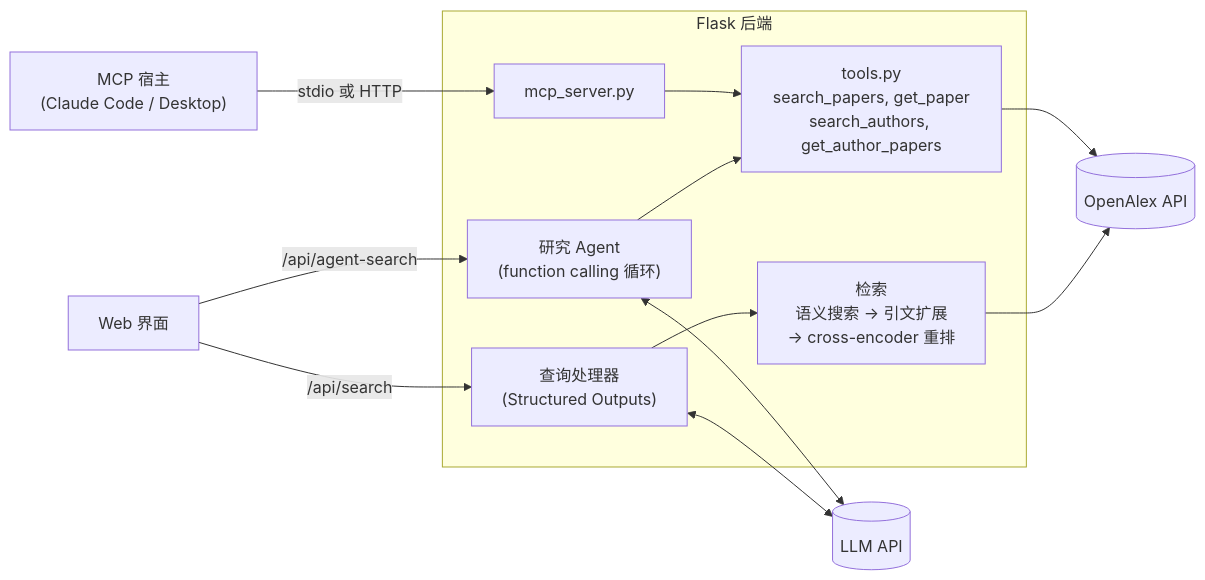
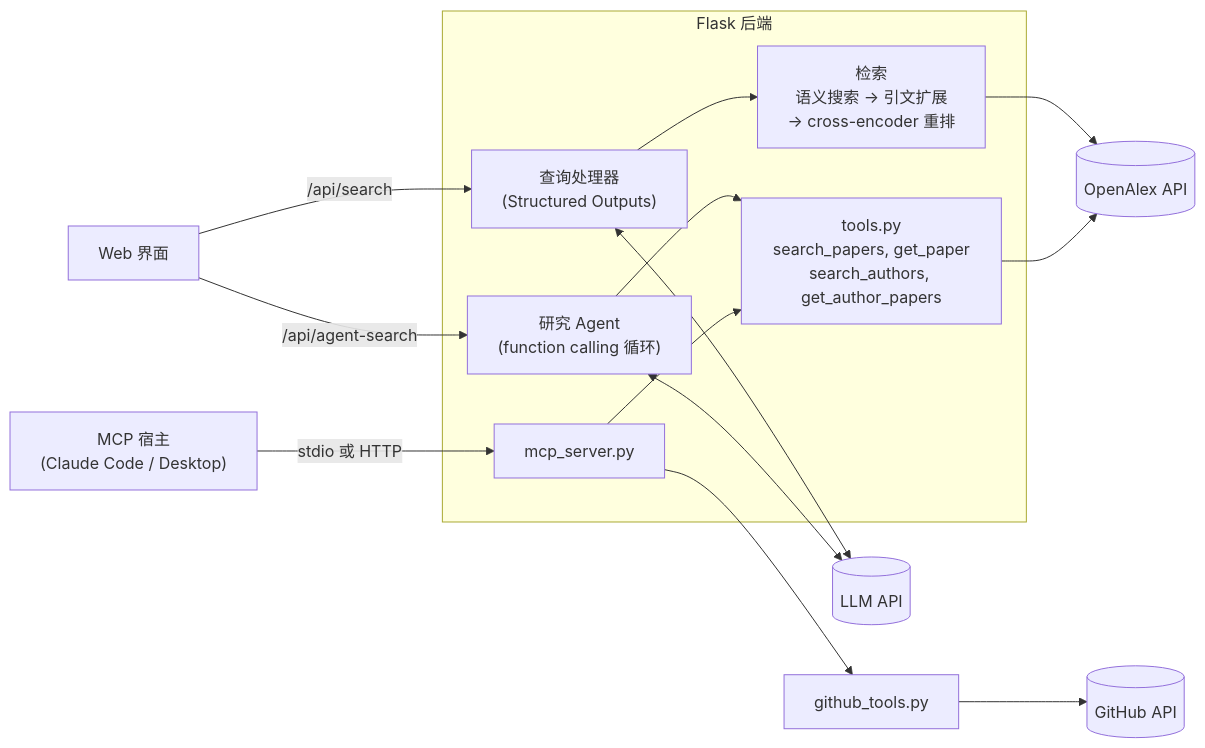
Before and after one commit to LynnUoE/om-dissertation-implementation: the diagram in README.zh-CN.md, drawn with Mermaid. The commit also changed other lines of this file and 7 other files, not shown here.

First line of the commit message:
Add read-only GitHub issue and pull request tools to the MCP server

````diff
--- a/README.zh-CN.md
+++ b/README.zh-CN.md
@@ -17,20 +17,22 @@
 ```mermaid
 flowchart LR
     subgraph Backend [Flask 后端]
         Pipeline["查询处理器<br/>(Structured Outputs)"]
         Searcher["检索<br/>语义搜索 → 引文扩展<br/>→ cross-encoder 重排"]
         Agent["研究 Agent<br/>(function calling 循环)"]
         MCP[mcp_server.py]
         Tools["tools.py<br/>search_papers, get_paper<br/>search_authors, get_author_papers"]
     end
     UI[Web 界面] -->|/api/search| Pipeline
     UI -->|/api/agent-search| Agent
     Host["MCP 宿主<br/>(Claude Code / Desktop)"] -->|stdio 或 HTTP| MCP
     Pipeline --> Searcher
     Agent --> Tools
+    MCP --> GH[github_tools.py]
+    GH --> GitHub[(GitHub API)]
     MCP --> Tools
     Pipeline <--> LLM[(LLM API)]
     Agent <--> LLM
     Searcher --> OA[(OpenAlex API)]
     Tools --> OA
 ```
````
